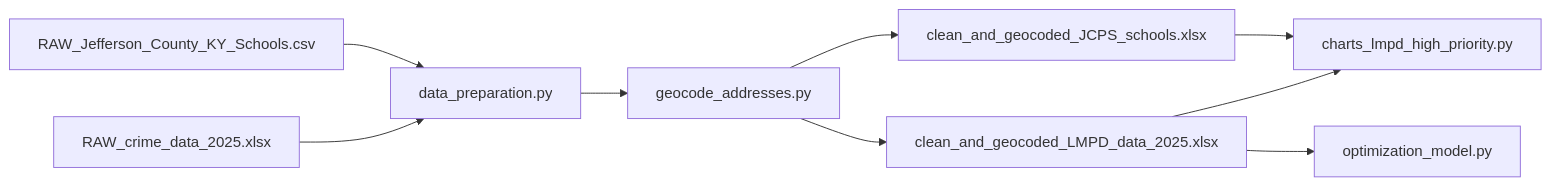
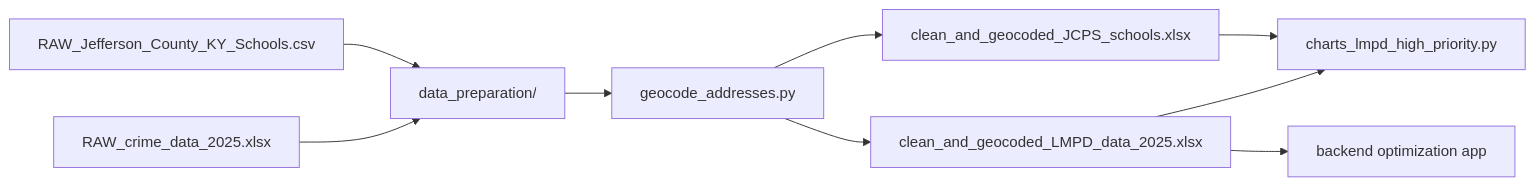
Before and after one commit to rodriguezosvaldo/Drone_Location_Optimization: the diagram in README.md, drawn with Mermaid. The commit also changed other lines of this file and 41 other files, not shown here.

````diff
--- a/README.md
+++ b/README.md
@@ -198,20 +200,20 @@
 ```mermaid
 flowchart LR
   RAW_LMPD[RAW_crime_data_2025.xlsx]
   RAW_JCPS[RAW_Jefferson_County_KY_Schools.csv]
-  PREP[data_preparation.py]
+  PREP[data_preparation/]
   GEO[geocode_addresses.py]
   OUT_LMPD[clean_and_geocoded_LMPD_data_2025.xlsx]
   OUT_JCPS[clean_and_geocoded_JCPS_schools.xlsx]
   CHARTS[charts_lmpd_high_priority.py]
-  OPT[optimization_model.py]
+  APP[backend optimization app]
 
   RAW_LMPD --> PREP
   RAW_JCPS --> PREP
   PREP --> GEO
   GEO --> OUT_LMPD
   GEO --> OUT_JCPS
   OUT_LMPD --> CHARTS
   OUT_JCPS --> CHARTS
-  OUT_LMPD --> OPT
+  OUT_LMPD --> APP
 ```
````
